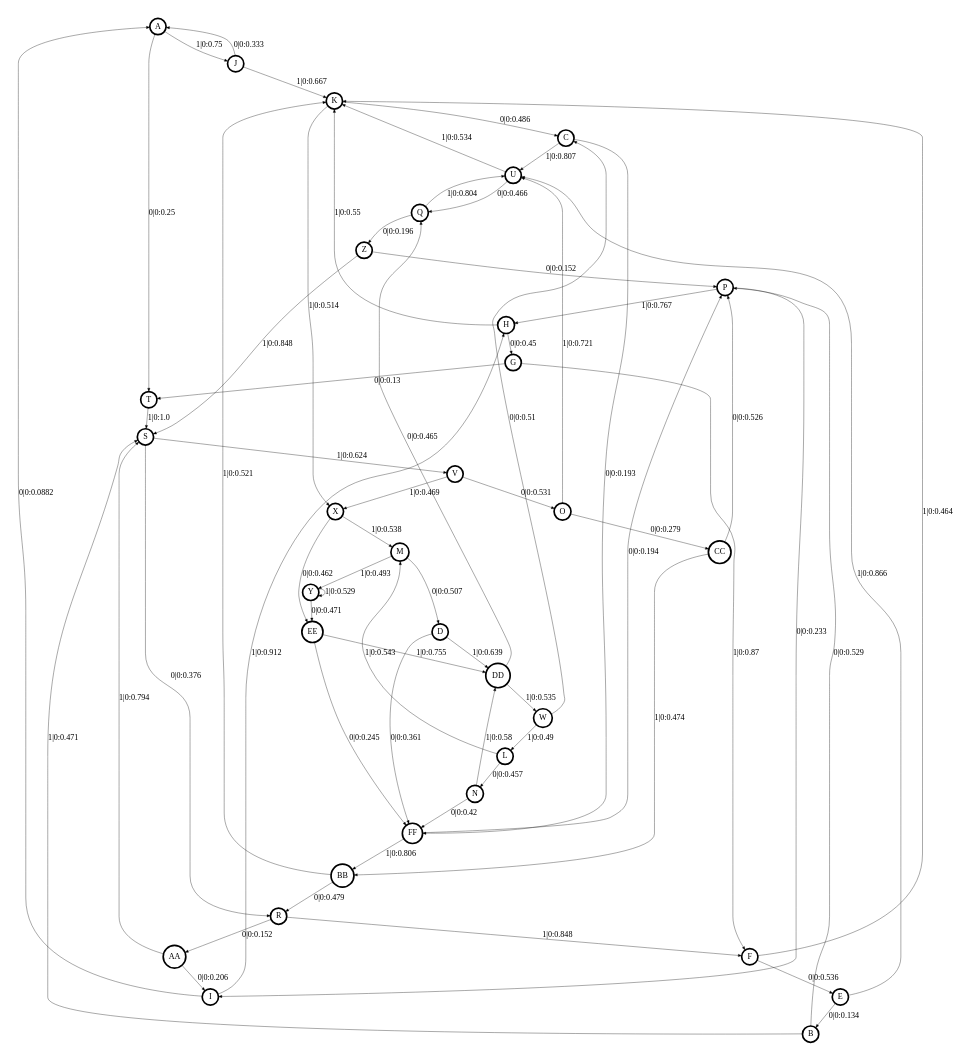
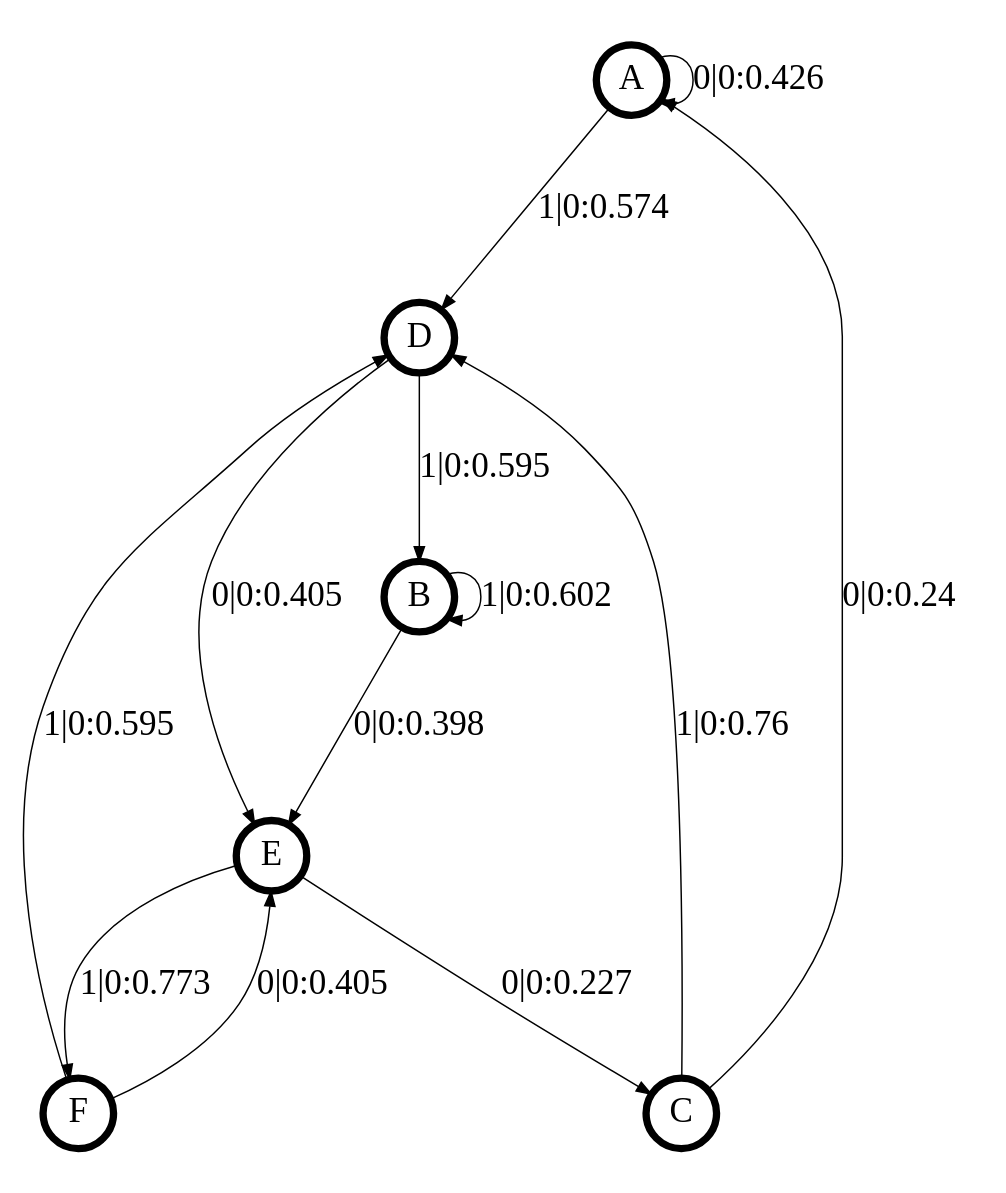
Before and after one commit to maniaa1822/NeuralCSSR: the diagram in transCSSR_results/+.dot, drawn with Graphviz. The commit also changed 60 other files, not shown here.

```diff
--- a/transCSSR_results/+.dot
+++ b/transCSSR_results/+.dot
@@ -1,75 +1,24 @@
 digraph  {
 size = "6,8.5";
 ratio = "fill";
 node
 [shape = circle];
 node [fontsize = 24];
 node [penwidth = 5];
 edge [fontsize = 24];
 node [fontname = "CMU Serif Roman"];
 graph [fontname = "CMU Serif Roman"];
 edge [fontname = "CMU Serif Roman"];
-A -> J [label = "1|0:0.75\l"];
-A -> T [label = "0|0:0.25\l"];
-B -> P [label = "0|0:0.529\l"];
-B -> S [label = "1|0:0.471\l"];
-C -> U [label = "1|0:0.807\l"];
-C -> FF [label = "0|0:0.193\l"];
-D -> DD [label = "1|0:0.639\l"];
-D -> FF [label = "0|0:0.361\l"];
-E -> B [label = "0|0:0.134\l"];
-E -> U [label = "1|0:0.866\l"];
-F -> E [label = "0|0:0.536\l"];
-F -> K [label = "1|0:0.464\l"];
-G -> F [label = "1|0:0.87\l"];
-G -> T [label = "0|0:0.13\l"];
-H -> G [label = "0|0:0.45\l"];
-H -> K [label = "1|0:0.55\l"];
-I -> A [label = "0|0:0.0882\l"];
-I -> H [label = "1|0:0.912\l"];
-J -> A [label = "0|0:0.333\l"];
-J -> K [label = "1|0:0.667\l"];
-K -> C [label = "0|0:0.486\l"];
-K -> X [label = "1|0:0.514\l"];
-L -> M [label = "1|0:0.543\l"];
-L -> N [label = "0|0:0.457\l"];
-M -> D [label = "0|0:0.507\l"];
-M -> Y [label = "1|0:0.493\l"];
-N -> DD [label = "1|0:0.58\l"];
-N -> FF [label = "0|0:0.42\l"];
-O -> U [label = "1|0:0.721\l"];
-O -> CC [label = "0|0:0.279\l"];
-P -> H [label = "1|0:0.767\l"];
-P -> I [label = "0|0:0.233\l"];
-Q -> U [label = "1|0:0.804\l"];
-Q -> Z [label = "0|0:0.196\l"];
-R -> F [label = "1|0:0.848\l"];
-R -> AA [label = "0|0:0.152\l"];
-S -> R [label = "0|0:0.376\l"];
-S -> V [label = "1|0:0.624\l"];
-T -> S [label = "1|0:1.0\l"];
-U -> K [label = "1|0:0.534\l"];
-U -> Q [label = "0|0:0.466\l"];
-V -> O [label = "0|0:0.531\l"];
-V -> X [label = "1|0:0.469\l"];
-W -> C [label = "0|0:0.51\l"];
-W -> L [label = "1|0:0.49\l"];
-X -> M [label = "1|0:0.538\l"];
-X -> EE [label = "0|0:0.462\l"];
-Y -> Y [label = "1|0:0.529\l"];
-Y -> EE [label = "0|0:0.471\l"];
-Z -> P [label = "0|0:0.152\l"];
-Z -> S [label = "1|0:0.848\l"];
-AA -> I [label = "0|0:0.206\l"];
-AA -> S [label = "1|0:0.794\l"];
-BB -> K [label = "1|0:0.521\l"];
-BB -> R [label = "0|0:0.479\l"];
-CC -> P [label = "0|0:0.526\l"];
-CC -> BB [label = "1|0:0.474\l"];
-DD -> Q [label = "0|0:0.465\l"];
-DD -> W [label = "1|0:0.535\l"];
-EE -> DD [label = "1|0:0.755\l"];
-EE -> FF [label = "0|0:0.245\l"];
-FF -> P [label = "0|0:0.194\l"];
-FF -> BB [label = "1|0:0.806\l"];
+A -> A [label = "0|0:0.426\l"];
+A -> D [label = "1|0:0.574\l"];
+B -> B [label = "1|0:0.602\l"];
+B -> E [label = "0|0:0.398\l"];
+C -> A [label = "0|0:0.24\l"];
+C -> D [label = "1|0:0.76\l"];
+D -> B [label = "1|0:0.595\l"];
+D -> E [label = "0|0:0.405\l"];
+E -> C [label = "0|0:0.227\l"];
+E -> F [label = "1|0:0.773\l"];
+F -> D [label = "1|0:0.595\l"];
+F -> E [label = "0|0:0.405\l"];
 }
```
